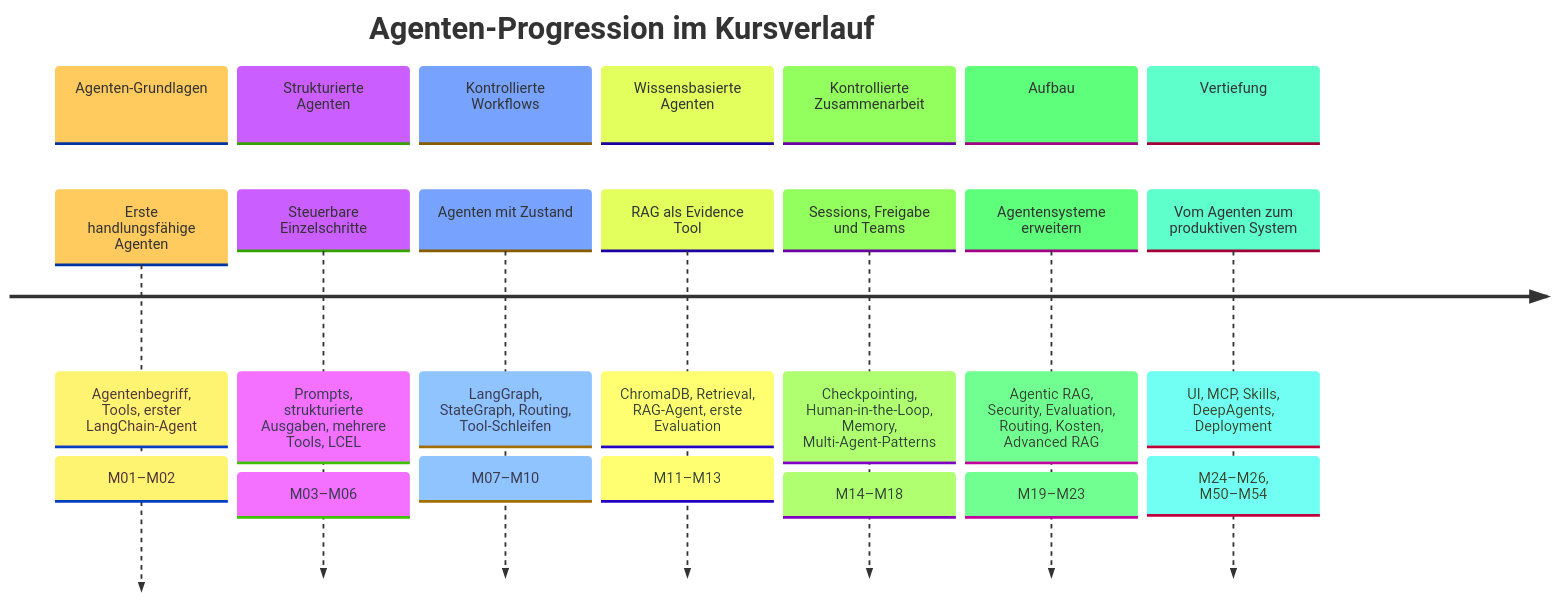
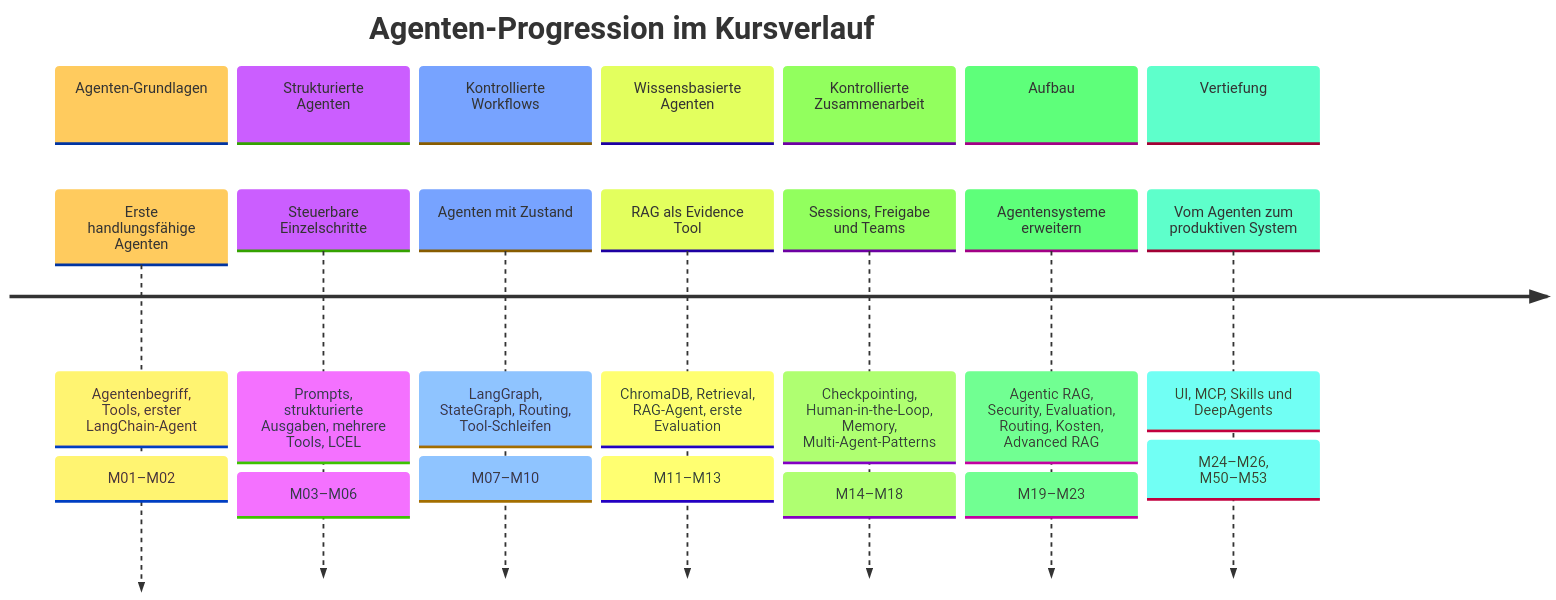
One commit to ralf-42/Agenten changed the diagram in docs/02-orientierung-entscheidung/kursueberblick.md. Above: the diagram before and after it, drawn with Mermaid. The commit also changed other lines of this file and 24 other files, not shown here.

````diff
--- a/docs/02-orientierung-entscheidung/kursueberblick.md
+++ b/docs/02-orientierung-entscheidung/kursueberblick.md
@@ -77,36 +77,36 @@
 ```mermaid
 %%{init: {
   'theme': 'base',
   'themeVariables': {
     'timelineLineColor': '#2e7d32',
     'sectionBkgColor': '#c8e6c9',
     'sectionTextColor': '#1b5e20',
     'containerBkgColor': '#f9f9f9',
     'taskBkgColor': '#e8f5e9',
     'taskTextColor': '#1b5e20'
   }
 }}%%
 timeline
     title Agenten-Progression im Kursverlauf
     section Agenten-Grundlagen
         Erste handlungsfähige Agenten : Agentenbegriff, Tools, erster LangChain-Agent
                                      : M01–M02
     section Strukturierte Agenten
         Steuerbare Einzelschritte     : Prompts, strukturierte Ausgaben, mehrere Tools, LCEL
                                      : M03–M06
     section Kontrollierte Workflows
         Agenten mit Zustand           : LangGraph, StateGraph, Routing, Tool-Schleifen
                                      : M07–M10
     section Wissensbasierte Agenten
         RAG als Evidence Tool         : ChromaDB, Retrieval, RAG-Agent, erste Evaluation
                                      : M11–M13
     section Kontrollierte Zusammenarbeit
         Sessions, Freigabe und Teams  : Checkpointing, Human-in-the-Loop, Memory, Multi-Agent-Patterns
                                      : M14–M18
     section Aufbau
         Agentensysteme erweitern      : Agentic RAG, Security, Evaluation, Routing, Kosten, Advanced RAG
                                      : M19–M23
     section Vertiefung
-        Vom Agenten zum produktiven System : UI, MCP, Skills, DeepAgents, Deployment
-                                           : M24–M26, M50–M54
+        Vom Agenten zum produktiven System : UI, MCP, Skills und DeepAgents
+                                           : M24–M26, M50–M53
 ```
````
